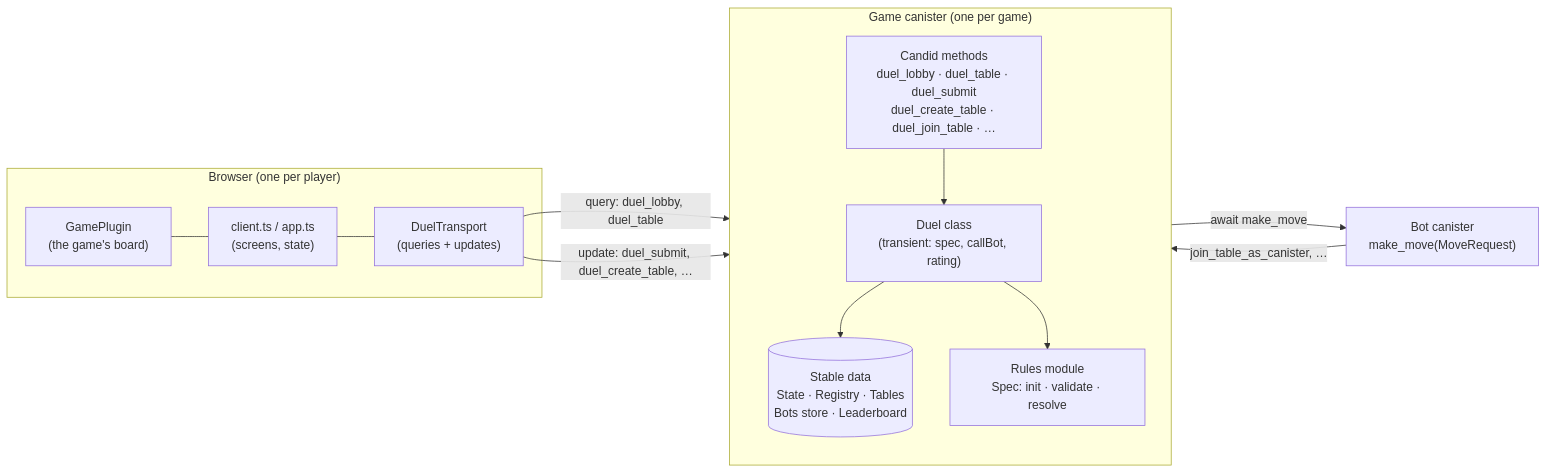
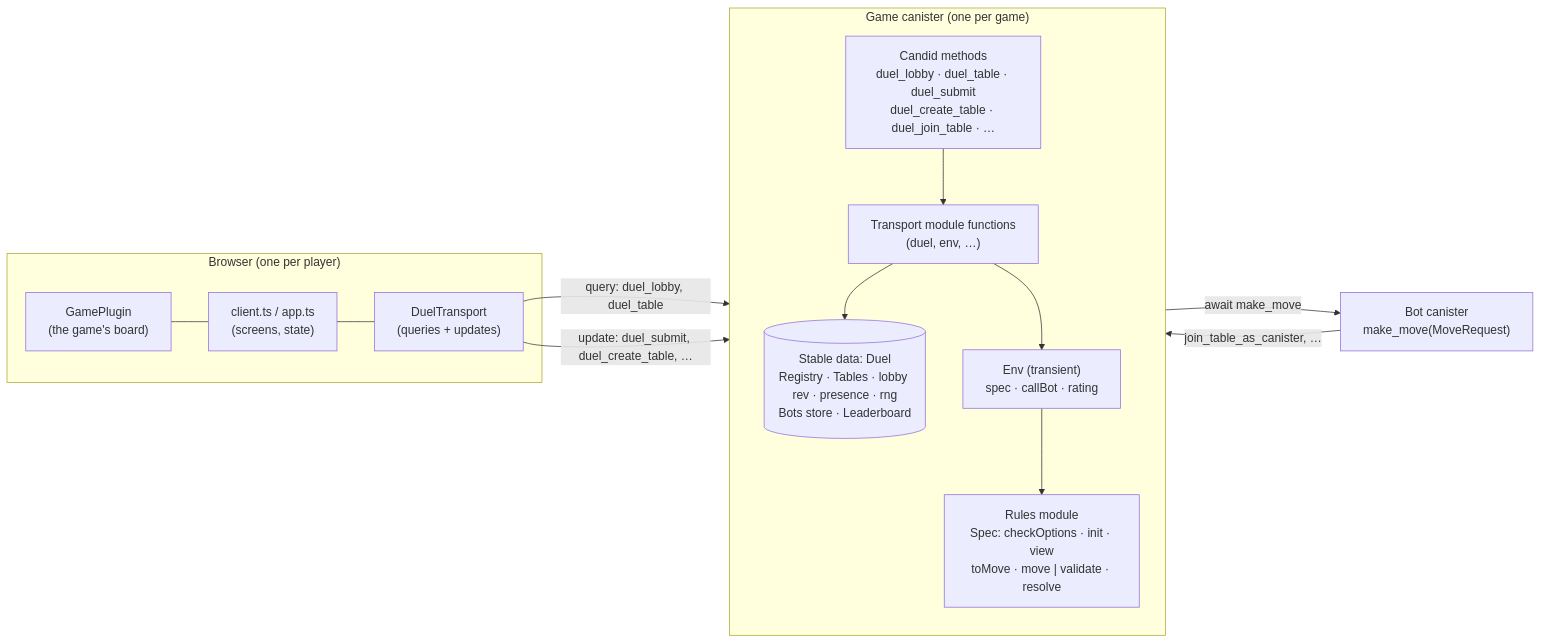
One commit to research-ag/duel-core changed the first of 9 diagrams in DESIGN.md. Above: the diagram before and after it, drawn with Mermaid. The commit also changed other lines of this file and 23 other files, not shown here.

````diff
--- a/DESIGN.md
+++ b/DESIGN.md
@@ -16,26 +17,27 @@
 ```mermaid
 flowchart LR
   subgraph browser["Browser (one per player)"]
     plugin["GamePlugin<br/>(the game's board)"]
     client["client.ts / app.ts<br/>(screens, state)"]
     transport["DuelTransport<br/>(queries + updates)"]
     plugin --- client --- transport
   end
 
   subgraph canister["Game canister (one per game)"]
     direction TB
     methods["Candid methods<br/>duel_lobby · duel_table · duel_submit<br/>duel_create_table · duel_join_table · …"]
-    duel["Duel class<br/>(transient: spec, callBot, rating)"]
-    state[("Stable data<br/>State · Registry · Tables<br/>Bots store · Leaderboard")]
-    rules["Rules module<br/>Spec: init · validate · resolve"]
+    duel["Transport module functions<br/>(duel, env, …)"]
+    state[("Stable data: Duel<br/>Registry · Tables · lobby rev · presence · rng<br/>Bots store · Leaderboard")]
+    env["Env (transient)<br/>spec · callBot · rating"]
+    rules["Rules module<br/>Spec: checkOptions · init · view<br/>toMove · move | validate · resolve"]
     methods --> duel --> state
-    duel --> rules
+    duel --> env --> rules
   end
 
   bot["Bot canister<br/>make_move(MoveRequest)"]
 
   transport -- "query: duel_lobby, duel_table" --> methods
   transport -- "update: duel_submit, duel_create_table, …" --> methods
   duel -- "await make_move" --> bot
   bot -- "join_table_as_canister, …" --> methods
 ```
````
